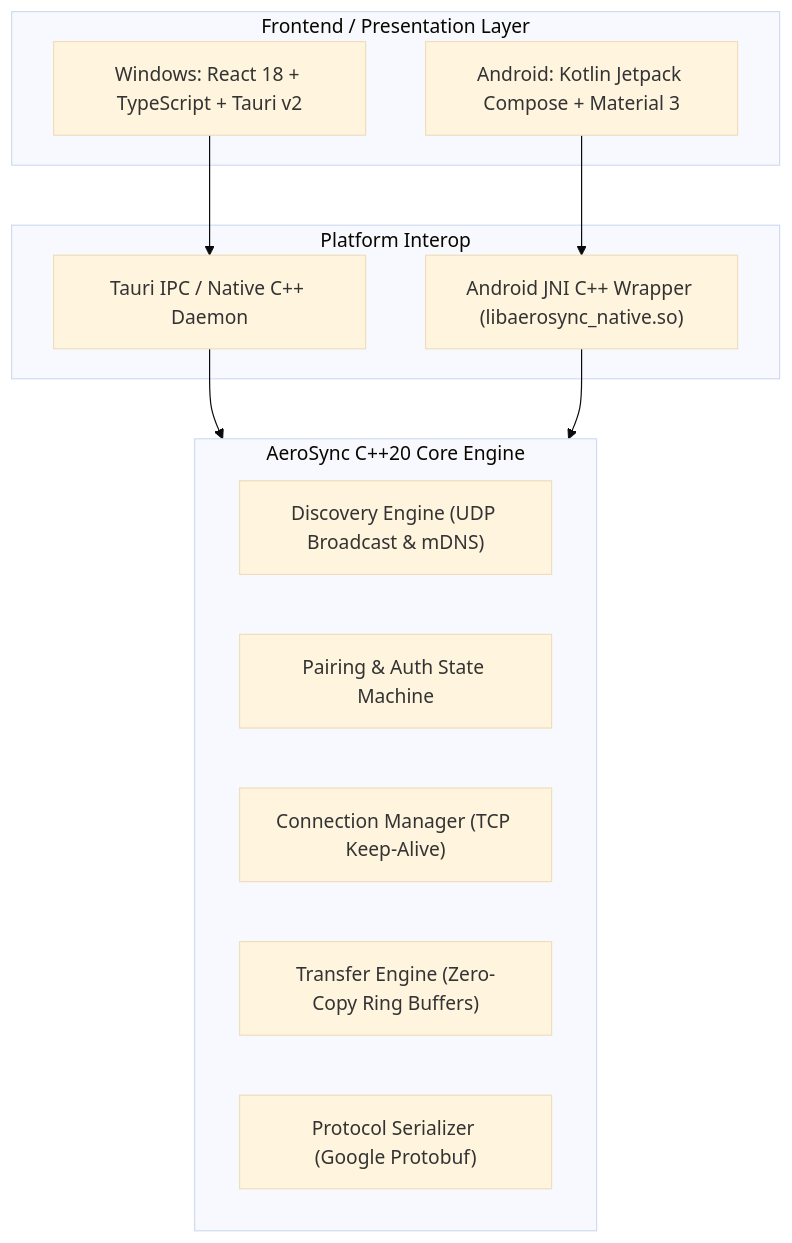
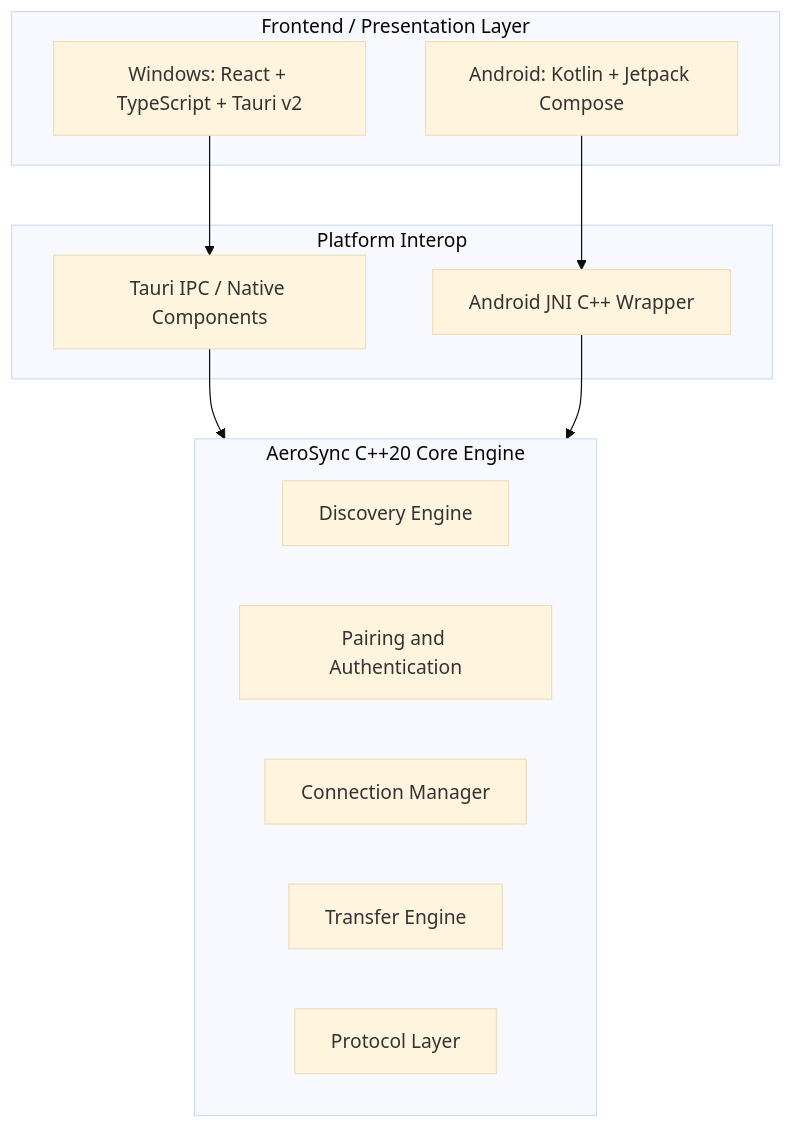
The diagram in README.md (Atulsain011/Aero_sync), drawn with Mermaid (base theme) before and after one commit. The commit also changed other lines of this file, not shown here.

````diff
--- a/README.md
+++ b/README.md
@@ -66,23 +146,25 @@
 ```mermaid
 flowchart TD
-    subgraph UI ["Frontend / Presentation Layer"]
-        W_UI["Windows: React 18 + TypeScript + Tauri v2"]
-        A_UI["Android: Kotlin Jetpack Compose + Material 3"]
+    subgraph UI["Frontend / Presentation Layer"]
+        W_UI["Windows: React + TypeScript + Tauri v2"]
+        A_UI["Android: Kotlin + Jetpack Compose"]
     end
 
-    subgraph NativeBridge ["Platform Interop"]
-        W_Bridge["Tauri IPC / Native C++ Daemon"]
-        A_Bridge["Android JNI C++ Wrapper (libaerosync_native.so)"]
+    subgraph NativeBridge["Platform Interop"]
+        W_Bridge["Tauri IPC / Native Components"]
+        A_Bridge["Android JNI C++ Wrapper"]
     end
 
-    subgraph CoreEngine ["AeroSync C++20 Core Engine"]
-        DE["Discovery Engine (UDP Broadcast & mDNS)"]
-        PSM["Pairing & Auth State Machine"]
-        CM["Connection Manager (TCP Keep-Alive)"]
-        TE["Transfer Engine (Zero-Copy Ring Buffers)"]
-        PS["Protocol Serializer (Google Protobuf)"]
+    subgraph CoreEngine["AeroSync C++20 Core Engine"]
+        DE["Discovery Engine"]
+        PSM["Pairing and Authentication"]
+        CM["Connection Manager"]
+        TE["Transfer Engine"]
+        PS["Protocol Layer"]
     end
 
-    W_UI --> W_Bridge --> CoreEngine
-    A_UI --> A_Bridge --> CoreEngine
+    W_UI --> W_Bridge
+    A_UI --> A_Bridge
+    W_Bridge --> CoreEngine
+    A_Bridge --> CoreEngine
 ```
````
